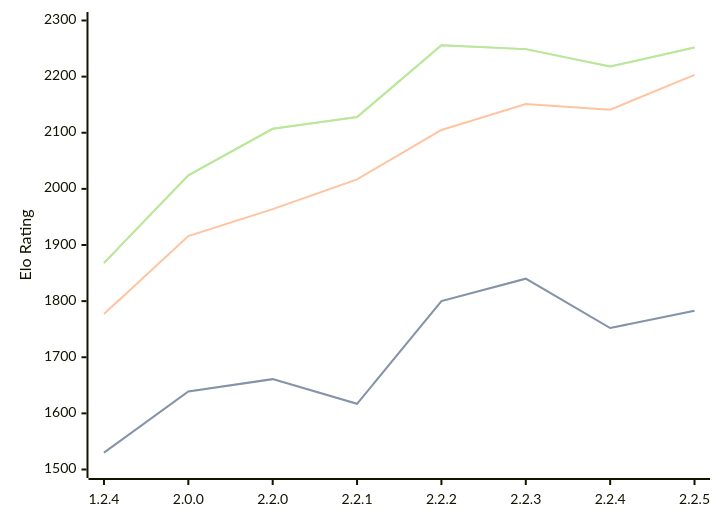
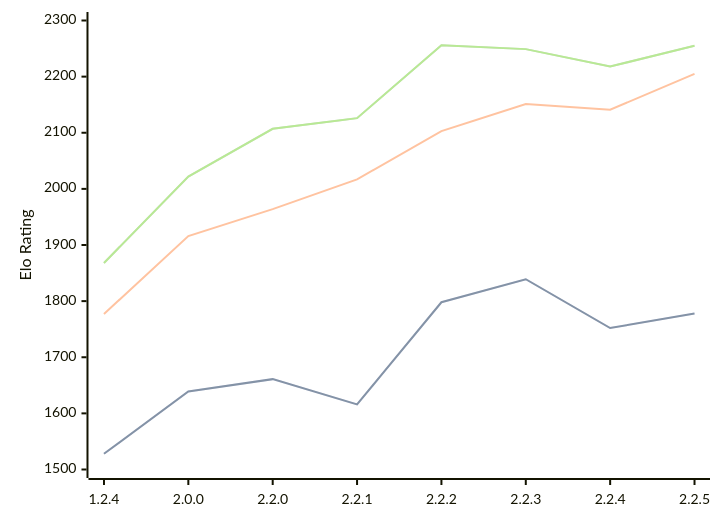
One commit to computer-chess-index/cci changed the diagram in engines/Kreveta.md. Above: the diagram before and after it, drawn with Mermaid. The commit also changed other lines of this file, not shown here.

Commit message:
Update CCI Ratings (ELO VLTC) - 2026-04-21

````diff
--- a/engines/Kreveta.md
+++ b/engines/Kreveta.md
@@ -41,11 +42,11 @@
 ```mermaid
 %%{init: {"theme":"base","themeVariables":{"seriesColors:['#a3a3a3','#222221','#faa371']}}}%%
 xychart-beta
   x-axis ["1.2.4", "2.0.0", "2.2.0", "2.2.1", "2.2.2", "2.2.3", "2.2.4", "2.2.5"]
   y-axis "Elo Rating" 1500 --> 2300
-  line "STC (8.0+0.08s)" [1530, 1639, 1661, 1617, 1800, 1840, 1752, 1783]
-  line "STC (8.0+0.08s)" [1530, 1639, 1661, 1617, 1800, 1840, 1752, 1783]
-  line "LTC (60.0+0.60s)" [1777, 1916, 1964, 2017, 2105, 2151, 2141, 2203]
-  line "VLTC (2m24s+1.12s)" [1868, 2024, 2107, 2128, 2256, 2249, 2218, 2252]
-  line "VLTC (2m24s+1.12s)" [1868, 2024, 2107, 2128, 2256, 2249, 2218, 2252]
+  line "STC (8.0+0.08s)" [1528, 1639, 1661, 1616, 1798, 1839, 1752, 1778]
+  line "STC (8.0+0.08s)" [1528, 1639, 1661, 1616, 1798, 1839, 1752, 1778]
+  line "LTC (60.0+0.60s)" [1777, 1916, 1964, 2017, 2103, 2151, 2141, 2205]
+  line "VLTC (2m24s+1.12s)" [1868, 2022, 2107, 2126, 2256, 2249, 2218, 2255]
+  line "VLTC (2m24s+1.12s)" [1868, 2022, 2107, 2126, 2256, 2249, 2218, 2255]
 ```
````
